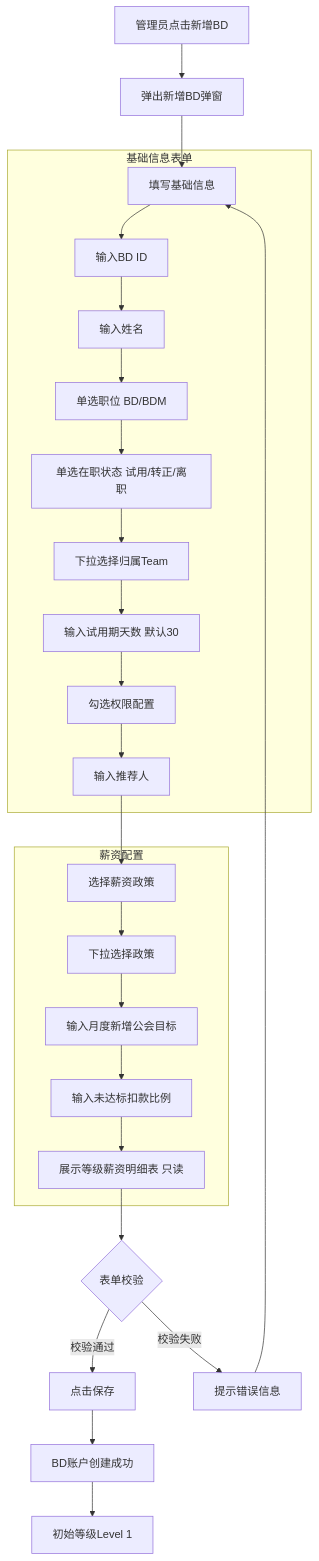
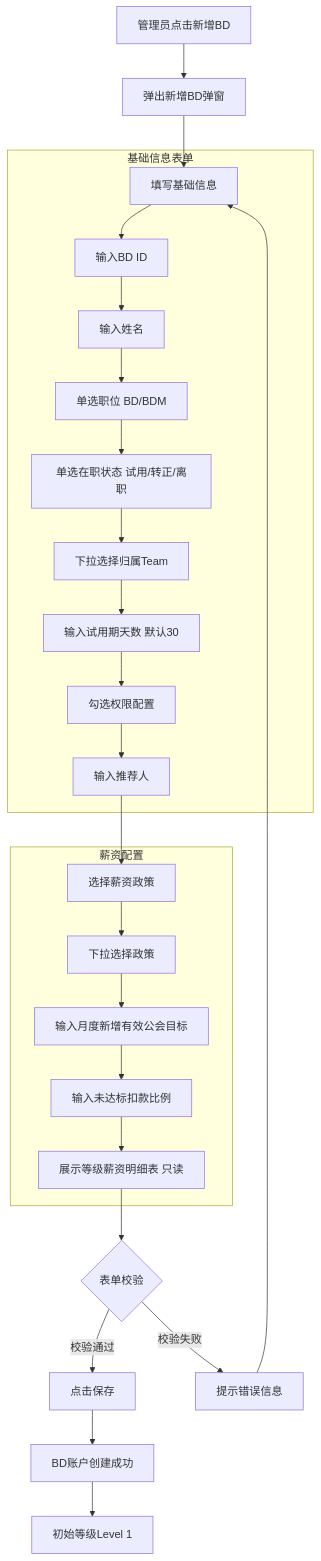
One commit to kocekid/BDM-System-1.0-Requirements changed the fourth of 12 diagrams in BDM系统1.0需求文档.md. Above: the diagram before and after it, drawn with Mermaid. The commit also changed other lines of this file, not shown here.

````diff
--- a/BDM系统1.0需求文档.md
+++ b/BDM系统1.0需求文档.md
@@ -279,32 +279,32 @@
 ```mermaid
 flowchart TD
     A[管理员点击新增BD] --> B[弹出新增BD弹窗]
     B --> C[填写基础信息]
     
     subgraph 基础信息表单
     C --> C1[输入BD ID]
     C1 --> C2[输入姓名]
     C2 --> C3[单选职位 BD/BDM]
     C3 --> C4[单选在职状态 试用/转正/离职]
     C4 --> C5[下拉选择归属Team]
     C5 --> C6[输入试用期天数 默认30]
     C6 --> C7[勾选权限配置]
     C7 --> C8[输入推荐人]
     end
     
     C8 --> D[选择薪资政策]
     
     subgraph 薪资配置
     D --> D1[下拉选择政策]
-    D1 --> D2[输入月度新增公会目标]
+    D1 --> D2[输入月度新增有效公会目标]
     D2 --> D3[输入未达标扣款比例]
     D3 --> D4[展示等级薪资明细表 只读]
     end
     
     D4 --> E{表单校验}
     E -->|校验通过| F[点击保存]
     E -->|校验失败| G[提示错误信息]
     G --> C
     F --> H[BD账户创建成功]
     H --> I[初始等级Level 1]
 ```
````
